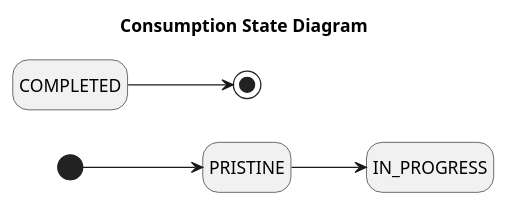
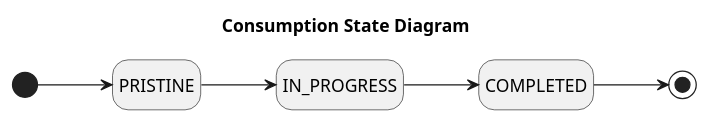
The diagram in docs/diagrams/consumption-state.puml (zainfathoni/kelas.rumahberbagi.com), drawn with PlantUML before and after one commit.

Commit message:
docs: add a missing state transition in the consumption state diagram

```diff
--- a/docs/diagrams/consumption-state.puml
+++ b/docs/diagrams/consumption-state.puml
@@ -1,9 +1,10 @@
 @startuml "Consumption State Diagram"
 title Consumption State Diagram
 hide empty description
 left to right direction
 
 [*] --> PRISTINE
 PRISTINE --> IN_PROGRESS
+IN_PROGRESS --> COMPLETED
 COMPLETED --> [*]
 @enduml
```
